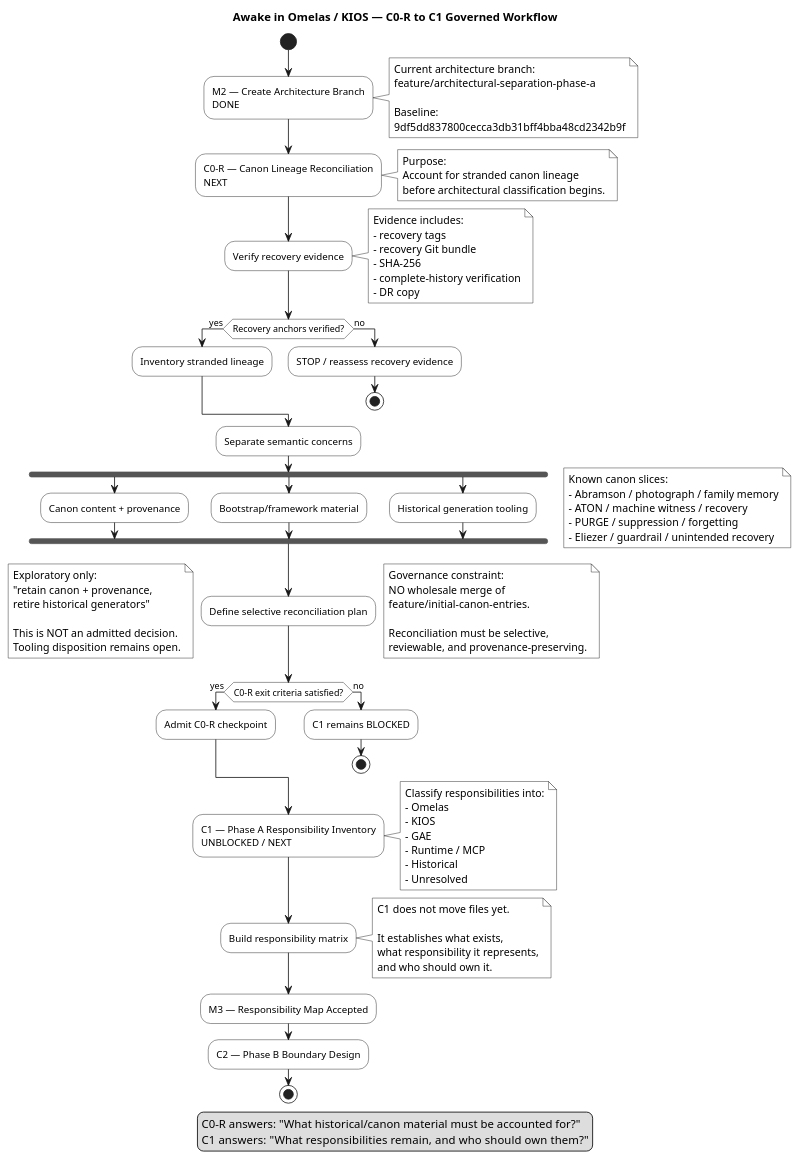
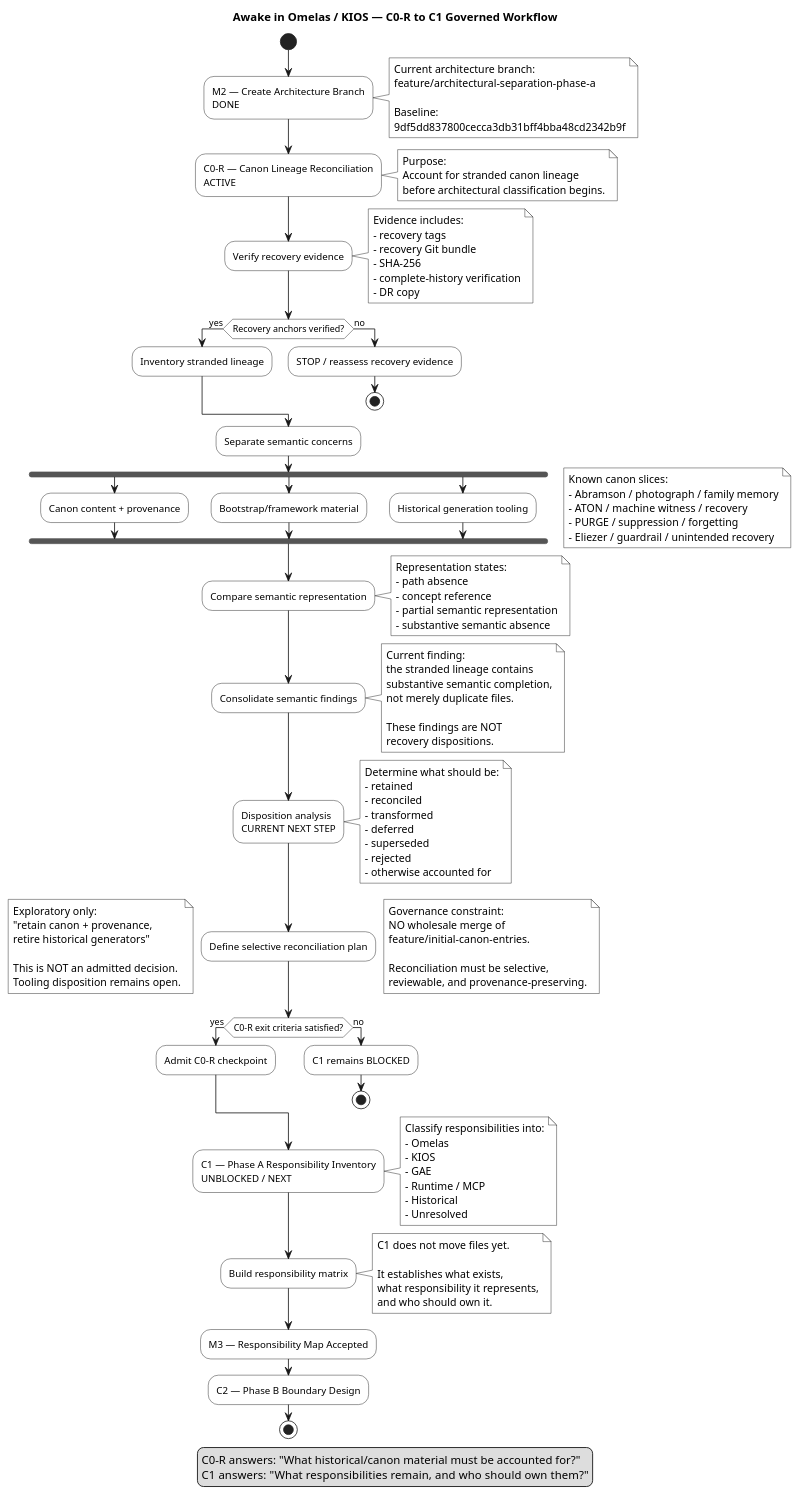
The diagram in roadmaps/c0-r-c1-canon-reconciliation-workflow.puml (rirl/awake-in-omelas-program-control), drawn with PlantUML before and after one commit. The commit also changed 3 other files, not shown here.

Commit message:
docs(program-control): admit C0-R semantic reconciliation findings

```diff
--- a/roadmaps/c0-r-c1-canon-reconciliation-workflow.puml
+++ b/roadmaps/c0-r-c1-canon-reconciliation-workflow.puml
@@ -1,131 +1,166 @@
 @startuml
 title Awake in Omelas / KIOS — C0-R to C1 Governed Workflow
 
 skinparam shadowing false
 skinparam activity {
   BackgroundColor White
   BorderColor Black
   FontColor Black
 }
 skinparam note {
   BackgroundColor White
   BorderColor Black
 }
 
 start
 
 :M2 — Create Architecture Branch\nDONE;
 
 note right
 Current architecture branch:
 feature/architectural-separation-phase-a
 
 Baseline:
 9df5dd837800cecca3db31bff4bba48cd2342b9f
 end note
 
-:C0-R — Canon Lineage Reconciliation\nNEXT;
+:C0-R — Canon Lineage Reconciliation\nACTIVE;
 
 note right
 Purpose:
 Account for stranded canon lineage
 before architectural classification begins.
 end note
 
 :Verify recovery evidence;
 
 note right
 Evidence includes:
 - recovery tags
 - recovery Git bundle
 - SHA-256
 - complete-history verification
 - DR copy
 end note
 
 if (Recovery anchors verified?) then (yes)
   :Inventory stranded lineage;
 else (no)
   :STOP / reassess recovery evidence;
   stop
 endif
 
 :Separate semantic concerns;
 
 fork
   :Canon content + provenance;
 fork again
   :Bootstrap/framework material;
 fork again
   :Historical generation tooling;
 end fork
 
 note right
 Known canon slices:
 - Abramson / photograph / family memory
 - ATON / machine witness / recovery
 - PURGE / suppression / forgetting
 - Eliezer / guardrail / unintended recovery
+end note
+
+:Compare semantic representation;
+
+note right
+Representation states:
+- path absence
+- concept reference
+- partial semantic representation
+- substantive semantic absence
+end note
+
+:Consolidate semantic findings;
+
+note right
+Current finding:
+the stranded lineage contains
+substantive semantic completion,
+not merely duplicate files.
+
+These findings are NOT
+recovery dispositions.
+end note
+
+:Disposition analysis\nCURRENT NEXT STEP;
+
+note right
+Determine what should be:
+- retained
+- reconciled
+- transformed
+- deferred
+- superseded
+- rejected
+- otherwise accounted for
 end note
 
 :Define selective reconciliation plan;
 
 note right
 Governance constraint:
 NO wholesale merge of
 feature/initial-canon-entries.
 
 Reconciliation must be selective,
 reviewable, and provenance-preserving.
 end note
 
 note left
 Exploratory only:
 "retain canon + provenance,
 retire historical generators"
 
 This is NOT an admitted decision.
 Tooling disposition remains open.
 end note
 
 if (C0-R exit criteria satisfied?) then (yes)
   :Admit C0-R checkpoint;
 else (no)
   :C1 remains BLOCKED;
   stop
 endif
 
 :C1 — Phase A Responsibility Inventory\nUNBLOCKED / NEXT;
 
 note right
 Classify responsibilities into:
 - Omelas
 - KIOS
 - GAE
 - Runtime / MCP
 - Historical
 - Unresolved
 end note
 
 :Build responsibility matrix;
 
 note right
 C1 does not move files yet.
 
 It establishes what exists,
 what responsibility it represents,
 and who should own it.
 end note
 
 :M3 — Responsibility Map Accepted;
 
 :C2 — Phase B Boundary Design;
 
 stop
 
 legend bottom
   C0-R answers: "What historical/canon material must be accounted for?"
   C1 answers:   "What responsibilities remain, and who should own them?"
 endlegend
 
 @enduml
```
